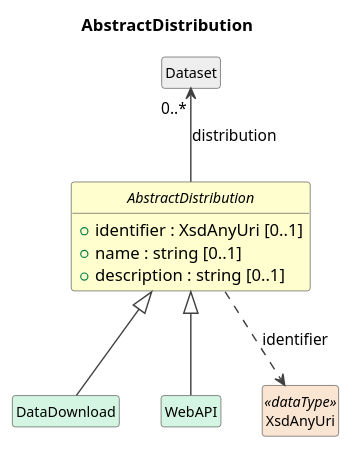
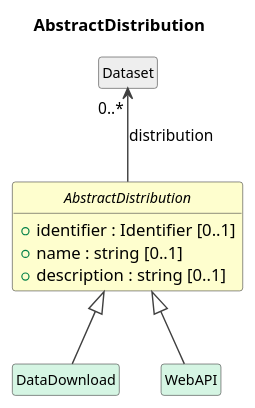
One commit to Cross-Domain-Interoperability-Framework/metadataBuildingBlocks changed the diagram in build/field-level-documentation/CDIFCore/Classes/AbstractDistribution.pu. Above: the diagram before and after it, drawn with PlantUML. The commit also changed 411 other files, not shown here.

```diff
--- a/build/field-level-documentation/CDIFCore/Classes/AbstractDistribution.pu
+++ b/build/field-level-documentation/CDIFCore/Classes/AbstractDistribution.pu
@@ -1,27 +1,25 @@
 @startuml
 title AbstractDistribution
 hide circle
 hide empty members
 skinparam shadowing false
 skinparam ArrowThickness 1.2
 skinparam class {
   ArrowColor #404040
   BorderColor #404040
   FontSize 12
 }
 
 abstract class "AbstractDistribution" as AbstractDistribution #FEFECE {
-  +identifier : XsdAnyUri [0..1]
+  +identifier : Identifier [0..1]
   +name : string [0..1]
   +description : string [0..1]
 }
 class "DataDownload" as DataDownload #D5F5E3
 AbstractDistribution <|-- DataDownload
 class "WebAPI" as WebAPI #D5F5E3
 AbstractDistribution <|-- WebAPI
 class "Dataset" as Dataset #EEEEEE
 Dataset "0..*" <-- AbstractDistribution : distribution
-class "XsdAnyUri" as XsdAnyUri <<dataType>> #FAE5D3
-AbstractDistribution ..> XsdAnyUri : identifier
 
 @enduml
```
